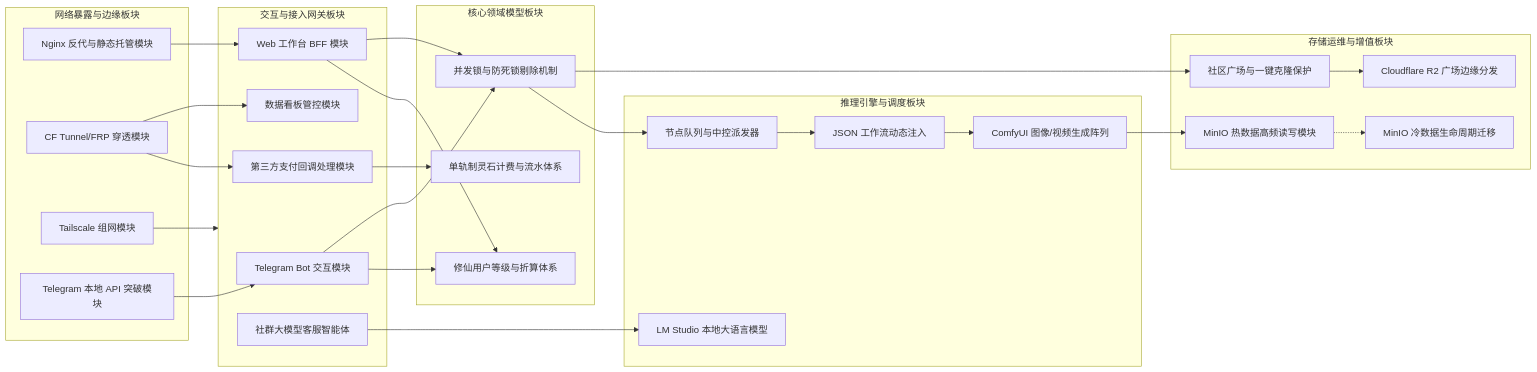
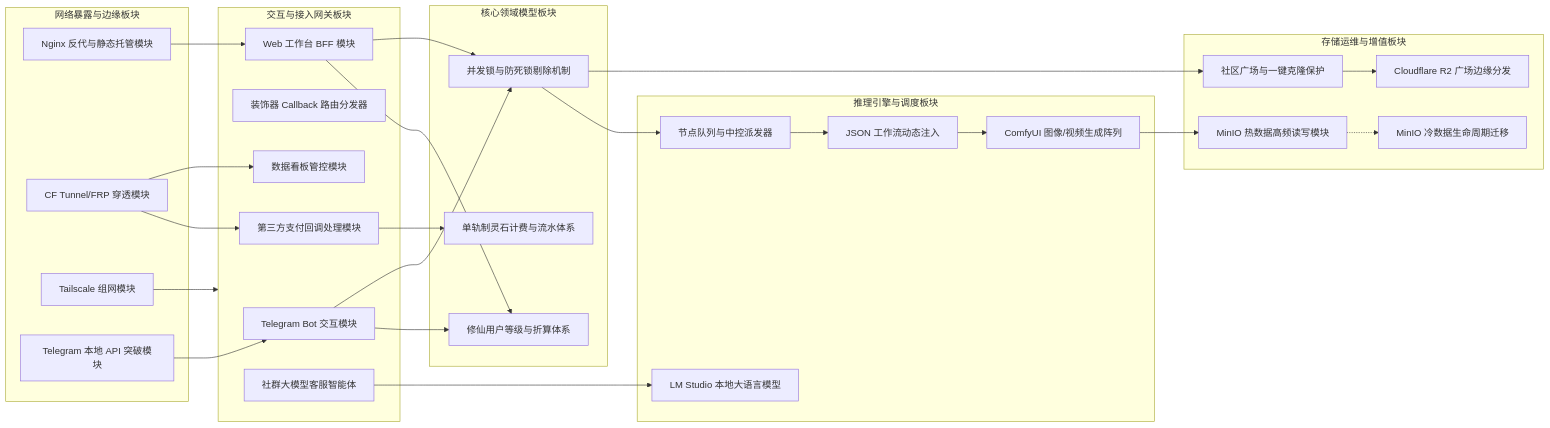
One commit to giraffu/All_bot changed the third of 3 diagrams in docs/system_architecture_report.md. Above: the diagram before and after it, drawn with Mermaid. The commit also changed 19 other files, not shown here.

````diff
--- a/docs/system_architecture_report.md
+++ b/docs/system_architecture_report.md
@@ -169,56 +169,57 @@
 ```mermaid
 graph LR
     subgraph 网络暴露与边缘板块
         Net_Nginx[Nginx 反代与静态托管模块]
         Net_Tunnel[CF Tunnel/FRP 穿透模块]
         Net_VLAN[Tailscale 组网模块]
         Net_TgLocal[Telegram 本地 API 突破模块]
     end
 
     subgraph 交互与接入网关板块
         UI_Bot[Telegram Bot 交互模块]
+        UI_Router[装饰器 Callback 路由分发器]
         UI_Web[Web 工作台 BFF 模块]
         UI_Dash[数据看板管控模块]
         UI_Pay[第三方支付回调处理模块]
         UI_CS[社群大模型客服智能体]
     end
 
     subgraph 核心领域模型板块
         Domain_User[修仙用户等级与折算体系]
         Domain_Bill[单轨制灵石计费与流水体系]
         Domain_Task[并发锁与防死锁剔除机制]
     end
 
     subgraph 推理引擎与调度板块
         Eng_Schedule[节点队列与中控派发器]
         Eng_Workflow[JSON 工作流动态注入]
         Eng_Comfy[ComfyUI 图像/视频生成阵列]
         Eng_LLM[LM Studio 本地大语言模型]
     end
 
     subgraph 存储运维与增值板块
         Sup_Gallery[社区广场与一键克隆保护]
         Sup_Storage_Hot[MinIO 热数据高频读写模块]
         Sup_Storage_Cold[MinIO 冷数据生命周期迁移]
         Sup_Storage_CDN[Cloudflare R2 广场边缘分发]
     end
 
     Net_Nginx --> UI_Web
     Net_TgLocal --> UI_Bot
     Net_Tunnel --> UI_Pay & UI_Dash
     Net_VLAN --> 交互与接入网关板块
     
     UI_Bot --> Domain_User & Domain_Task
     UI_Web --> Domain_User & Domain_Task
     UI_Pay --> Domain_Bill
     UI_CS --> Eng_LLM
     
     Domain_Task --> Eng_Schedule
     Eng_Schedule --> Eng_Workflow
     Eng_Workflow --> Eng_Comfy
     
     Eng_Comfy --> Sup_Storage_Hot
     Domain_Task --> Sup_Gallery
     Sup_Gallery --> Sup_Storage_CDN
     Sup_Storage_Hot -.-> Sup_Storage_Cold
 ```
````
